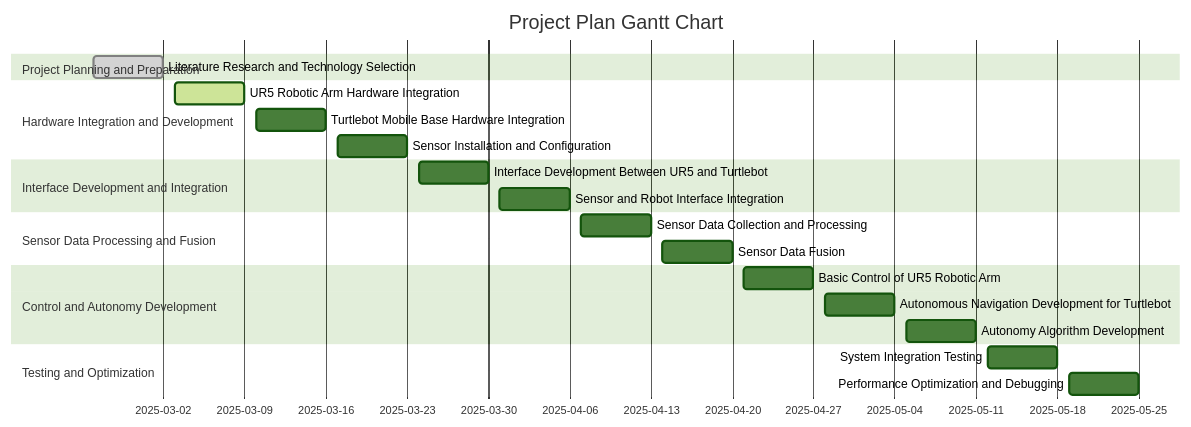
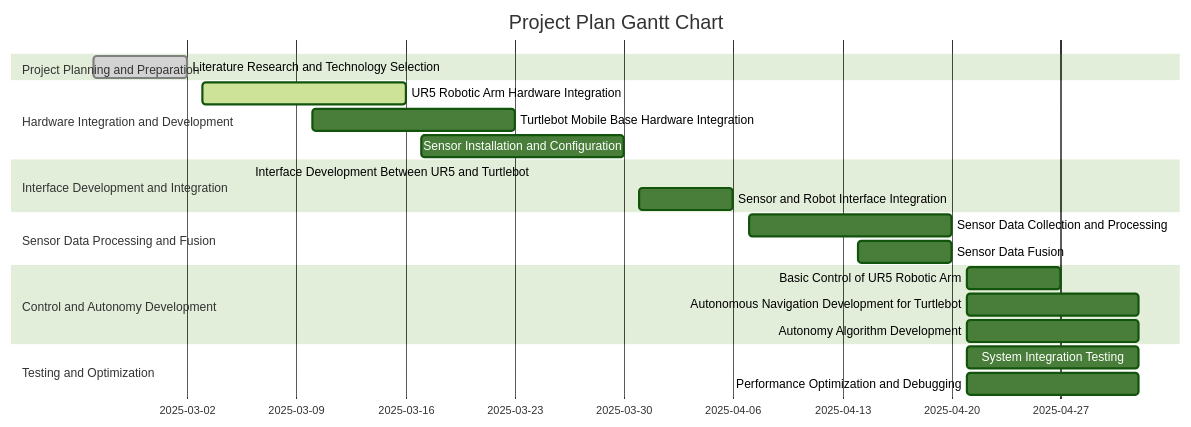
One commit to RAS598-2025-S-Team12/RAS598-2025-S-Team12.github.io changed the diagram in docs/timeline.md. Above: the diagram before and after it, drawn with Mermaid (forest theme).

````diff
--- a/docs/timeline.md
+++ b/docs/timeline.md
@@ -6,33 +6,33 @@
 ``` mermaid
 
 gantt
     title Project Plan Gantt Chart
     dateFormat  YYYY-MM-DD
     section Project Planning and Preparation
     Literature Research and Technology Selection   :done, task1_2, 2025-02-24, 2025-03-02
 
     section Hardware Integration and Development
-    UR5 Robotic Arm Hardware Integration           :active, task2_1, 2025-03-03, 2025-03-09
-    Turtlebot Mobile Base Hardware Integration     :task2_2, 2025-03-10, 2025-03-16
-    Sensor Installation and Configuration          :task2_3, 2025-03-17, 2025-03-23
+    UR5 Robotic Arm Hardware Integration           :active, task2_1, 2025-03-03, 2025-03-16
+    Turtlebot Mobile Base Hardware Integration     :task2_2, 2025-03-10, 2025-03-23
+    Sensor Installation and Configuration          :task2_3, 2025-03-17, 2025-03-30
 
     section Interface Development and Integration
-    Interface Development Between UR5 and Turtlebot :task3_1, 2025-03-24, 2025-03-30
+    Interface Development Between UR5 and Turtlebot :task3_1, 2025-03-24, 2025-03-06
     Sensor and Robot Interface Integration          :task3_2, 2025-03-31, 2025-04-06
 
     section Sensor Data Processing and Fusion
-    Sensor Data Collection and Processing           :task4_1, 2025-04-07, 2025-04-13
+    Sensor Data Collection and Processing           :task4_1, 2025-04-07, 2025-04-20
     Sensor Data Fusion                              :task4_2, 2025-04-14, 2025-04-20
 
     section Control and Autonomy Development
     Basic Control of UR5 Robotic Arm               :task5_1, 2025-04-21, 2025-04-27
-    Autonomous Navigation Development for Turtlebot :task5_2, 2025-04-28, 2025-05-04
-    Autonomy Algorithm Development                 :task5_3, 2025-05-05, 2025-05-11
+    Autonomous Navigation Development for Turtlebot :task5_2, 2025-04-21, 2025-05-02
+    Autonomy Algorithm Development                 :task5_3, 2025-04-21, 2025-05-02
 
     section Testing and Optimization
-    System Integration Testing                     :task6_1, 2025-05-12, 2025-05-18
-    Performance Optimization and Debugging         :task6_2, 2025-05-19, 2025-05-25
+    System Integration Testing                     :task6_1, 2025-04-21, 2025-05-02
+    Performance Optimization and Debugging         :task6_2, 2025-04-21, 2025-05-02
 
 
 
 ```
````
